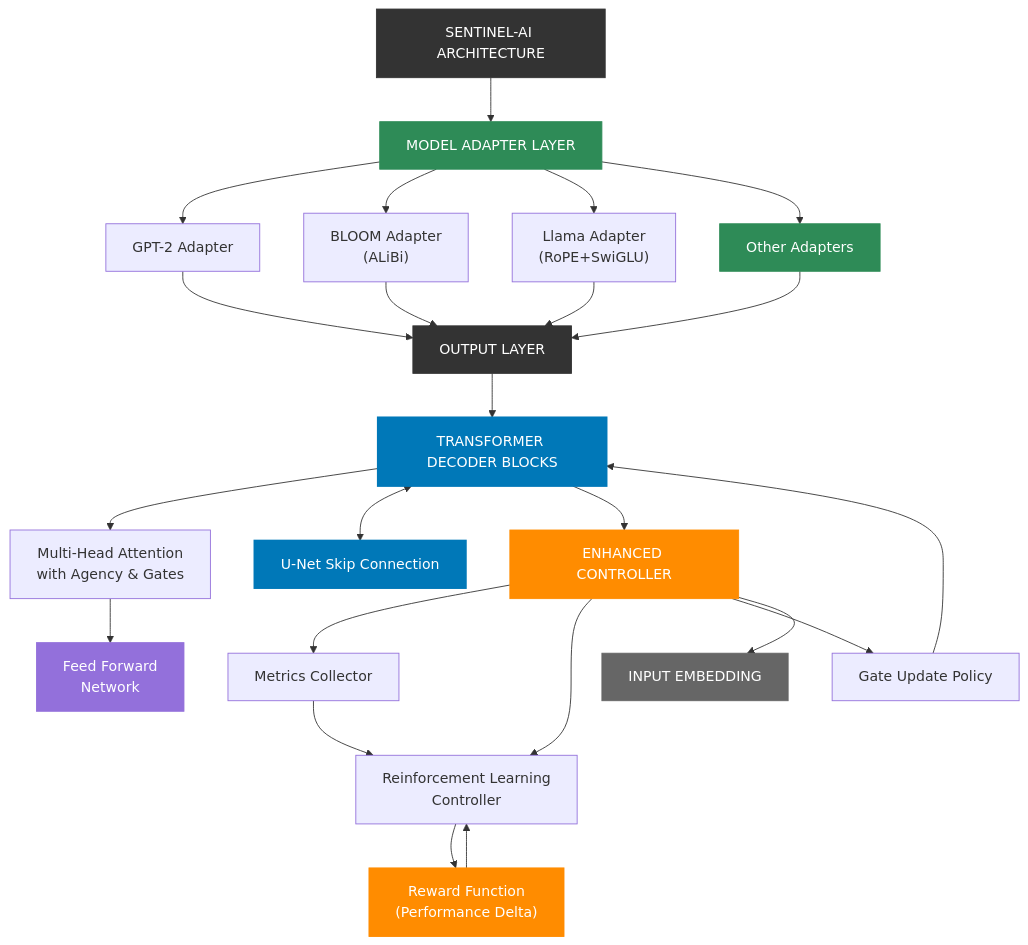
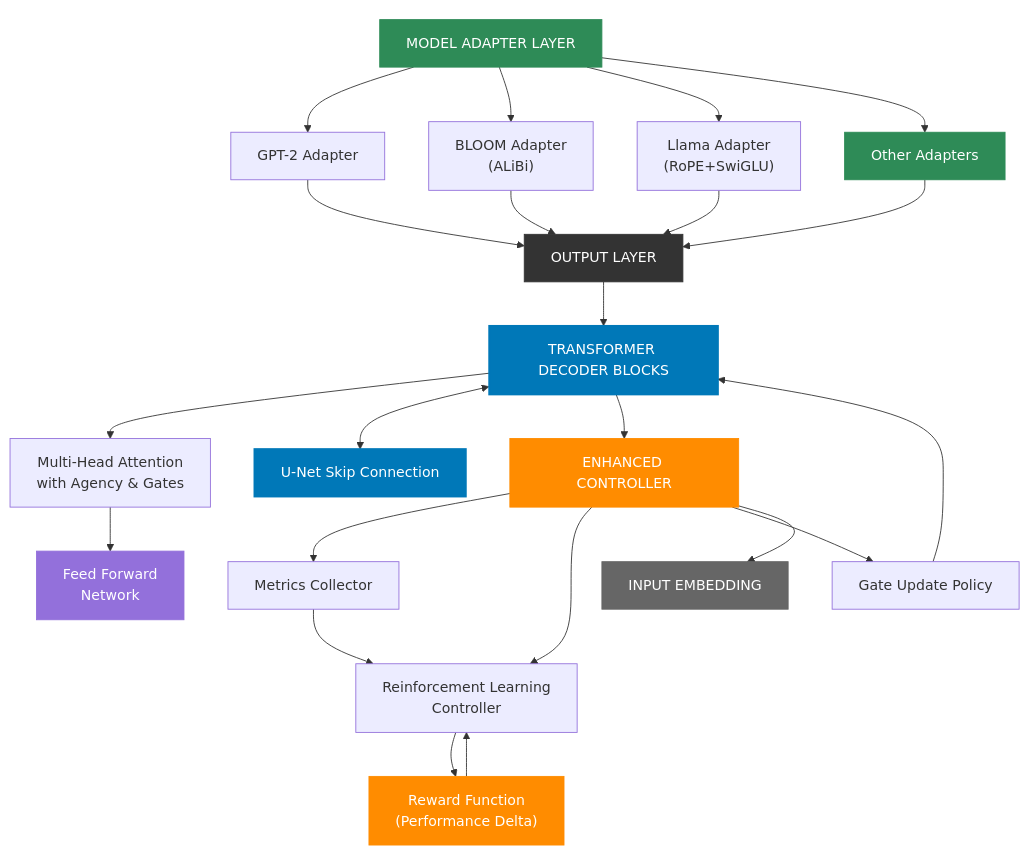
One commit to CambrianTech/sentinel-ai changed the first of 6 diagrams in README.md. Above: the diagram before and after it, drawn with Mermaid. The commit also changed other lines of this file, not shown here.

First line of the commit message:
Fix chart title nodes in all diagrams

````diff
--- a/README.md
+++ b/README.md
@@ -14,78 +14,77 @@
 ```mermaid
 flowchart TD
     classDef standard fill:#333,stroke:#333,stroke-width:1px,color:#fff
     classDef highlight fill:#0078b8,stroke:#0078b8,stroke-width:2px,color:#fff
     classDef adapter fill:#2e8b57,stroke:#2e8b57,stroke-width:1px,color:#fff
     classDef controller fill:#ff8c00,stroke:#ff8c00,stroke-width:1px,color:#fff
     classDef attention fill:#9370db,stroke:#9370db,stroke-width:1px,color:#fff
     classDef embedding fill:#666,stroke:#666,stroke-width:1px,color:#fff
+    classDef header fill:none,stroke:none,color:#fff,font-weight:bold
     
     %% Main Architecture Components
-    title["SENTINEL-AI ARCHITECTURE"]
+    header["SENTINEL-AI ARCHITECTURE"]
     adapterLayer["MODEL ADAPTER LAYER"]
     output["OUTPUT LAYER"]
     transformerBlocks["TRANSFORMER DECODER BLOCKS"]
     controller["ENHANCED CONTROLLER"]
     input["INPUT EMBEDDING"]
     
     %% Adapter Components
     gpt["GPT-2 Adapter"]
     bloom["BLOOM Adapter<br/>(ALiBi)"]
     llama["Llama Adapter<br/>(RoPE+SwiGLU)"]
     others["Other Adapters"]
     
     %% Transformer Block Components
     attention["Multi-Head Attention<br/>with Agency & Gates"]
     ffn["Feed Forward<br/>Network"]
     unet["U-Net Skip Connection"]
     
     %% Controller Components
     metrics["Metrics Collector"]
     rl["Reinforcement Learning<br/>Controller"]
     policy["Gate Update Policy"]
     reward["Reward Function<br/>(Performance Delta)"]
     
     %% Connections
-    title --> adapterLayer
-    
     adapterLayer --> gpt
     adapterLayer --> bloom
     adapterLayer --> llama
     adapterLayer --> others
     
     gpt & bloom & llama & others --> output
     
     output --> transformerBlocks
     
     transformerBlocks --> attention
     attention --> ffn
     
     transformerBlocks <--> unet
     
     transformerBlocks --> controller
     
     controller --> metrics
     controller --> rl
     controller --> policy
     metrics --> rl
     rl --> reward
     reward --> rl
     policy --> transformerBlocks
     
     controller --> input
     
     %% Styling
-    title:::standard
+    header:::header
     adapterLayer:::adapter
     output:::standard
     transformerBlocks:::highlight
     controller:::controller
     input:::embedding
     
     gpt & bloom & llama & others:::adapter
     
     attention & ffn:::attention
     unet:::highlight
     
     metrics & rl & policy & reward:::controller
 ```
````
